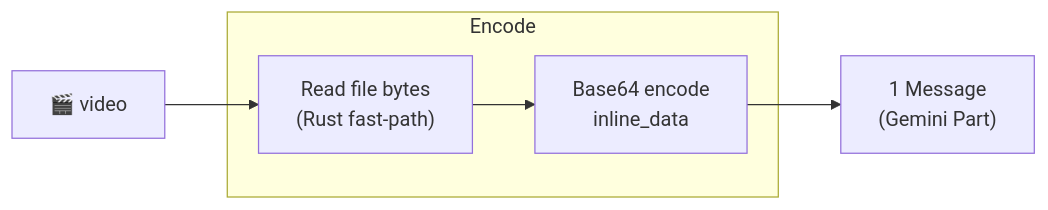
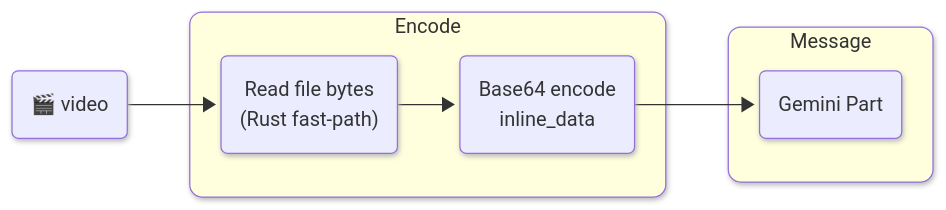
One commit to vlm-run/mm changed the ninth of 17 diagrams in docs/ENCODERS.md. Above: the diagram before and after it, drawn with Mermaid. The commit also changed other lines of this file and 1 other file, not shown here.

Commit message:
Use a proper message block with subgroups (#146)

````diff
--- a/docs/ENCODERS.md
+++ b/docs/ENCODERS.md
@@ -206,13 +246,18 @@
 ```mermaid
+%%{init: {'look': 'neo'} }%%
 graph LR
-  video["🎬 video"]
+  video("🎬 video")
 
   subgraph encode ["Encode"]
-    read["Read file bytes\n(Rust fast-path)"]
-    b64["Base64 encode\ninline_data"]
+    read("Read file bytes\n(Rust fast-path)")
+    b64("Base64 encode\ninline_data")
   end
 
-  msg["1 Message\n(Gemini Part)"]
+  subgraph message ["Message"]
+    msg("Gemini Part")
+  end
 
   video --> read --> b64 --> msg
+  style encode rx:10px,ry:10px
+  style message rx:10px,ry:10px
 ```
````
